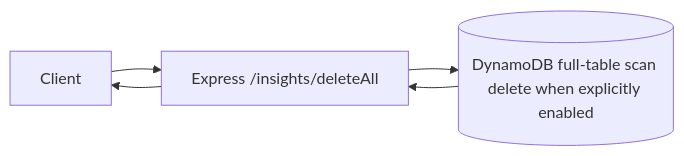
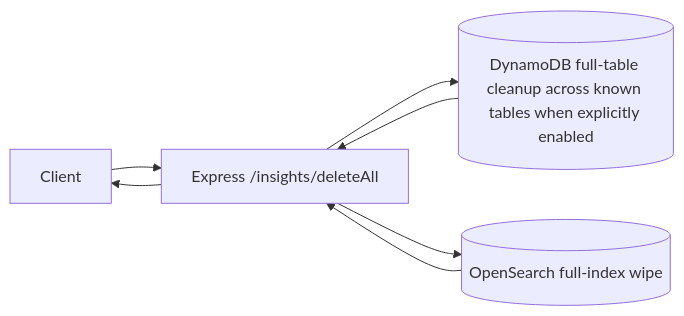
The fourth of 7 diagrams in README.md (samriddhishree/aetio-backend), drawn with Mermaid before and after one commit. The commit also changed other lines of this file and 44 other files, not shown here.

````diff
--- a/README.md
+++ b/README.md
@@ -206,7 +214,9 @@
 ```mermaid
 flowchart LR
   C[Client] --> API[Express /insights/deleteAll]
-  API --> DDB[(DynamoDB full-table scan delete when explicitly enabled)]
+  API --> DDB[(DynamoDB full-table cleanup across known tables when explicitly enabled)]
+  API --> OS[(OpenSearch full-index wipe)]
   DDB --> API
+  OS --> API
   API --> C
 ```
````
